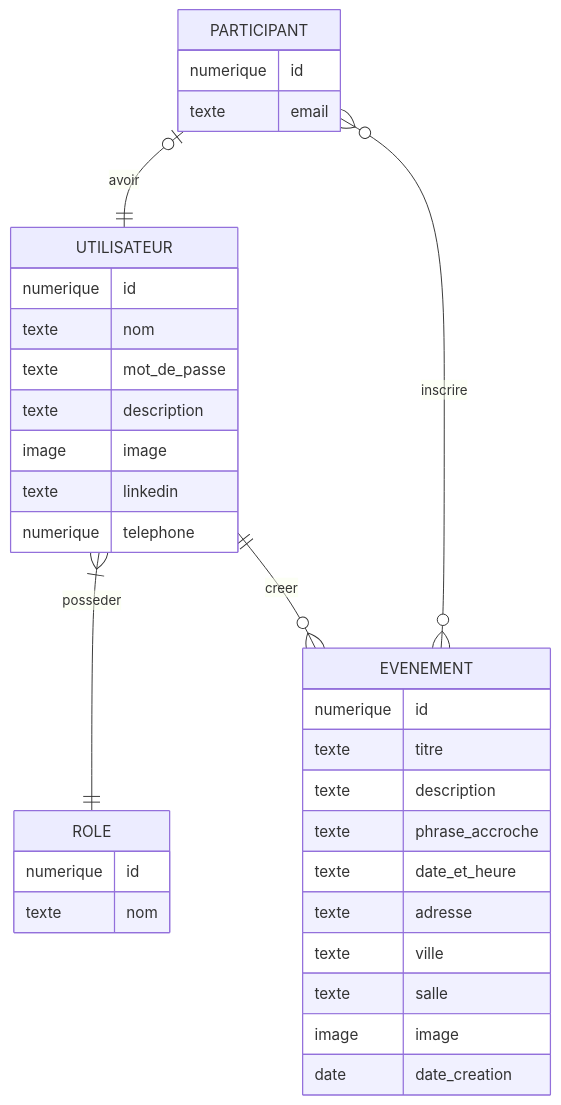
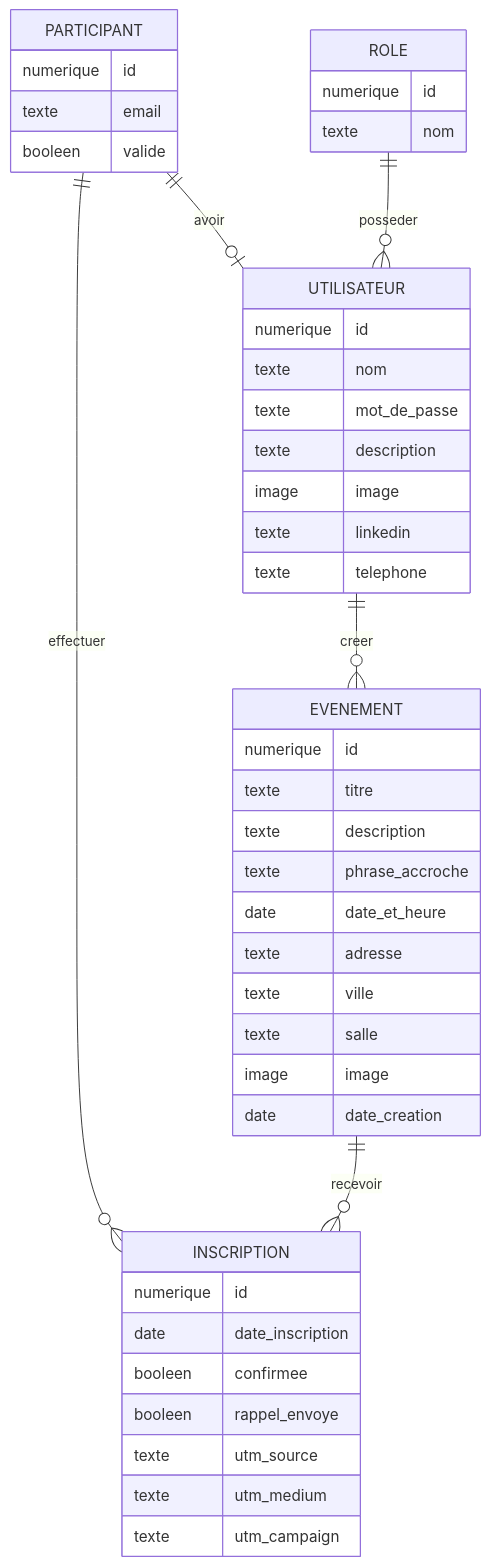
The diagram in diagrams/mcd.mermaid (QuentinThuler/ProgServ2_Mikael-Juillet_Quentin-Thuler), drawn with Mermaid before and after one commit. The commit also changed 1 other file, not shown here.

```diff
--- a/diagrams/mcd.mermaid
+++ b/diagrams/mcd.mermaid
@@ -1,35 +1,46 @@
 erDiagram
     PARTICIPANT {
         numerique id
         texte email
+        booleen valide
     }
     UTILISATEUR {
         numerique id
         texte nom
         texte mot_de_passe
         texte description
         image image
         texte linkedin
-        numerique telephone
+        texte telephone
     }
     ROLE {
         numerique id
         texte nom
     }
     EVENEMENT {
         numerique id
         texte titre
         texte description
         texte phrase_accroche
-        texte date_et_heure
+        date date_et_heure
         texte adresse
         texte ville
         texte salle
         image image
         date date_creation
     }
+    INSCRIPTION {
+        numerique id
+        date date_inscription
+        booleen confirmee
+        booleen rappel_envoye
+        texte utm_source
+        texte utm_medium
+        texte utm_campaign
+    }
 
-    PARTICIPANT |o--|| UTILISATEUR : "avoir"
-    UTILISATEUR }|--|| ROLE : "posseder"
+    PARTICIPANT ||--o| UTILISATEUR : "avoir"
+    ROLE ||--o{ UTILISATEUR : "posseder"
     UTILISATEUR ||--o{ EVENEMENT : "creer"
-    PARTICIPANT }o--o{ EVENEMENT : "inscrire"
+    PARTICIPANT ||--o{ INSCRIPTION : "effectuer"
+    EVENEMENT ||--o{ INSCRIPTION : "recevoir"
```
